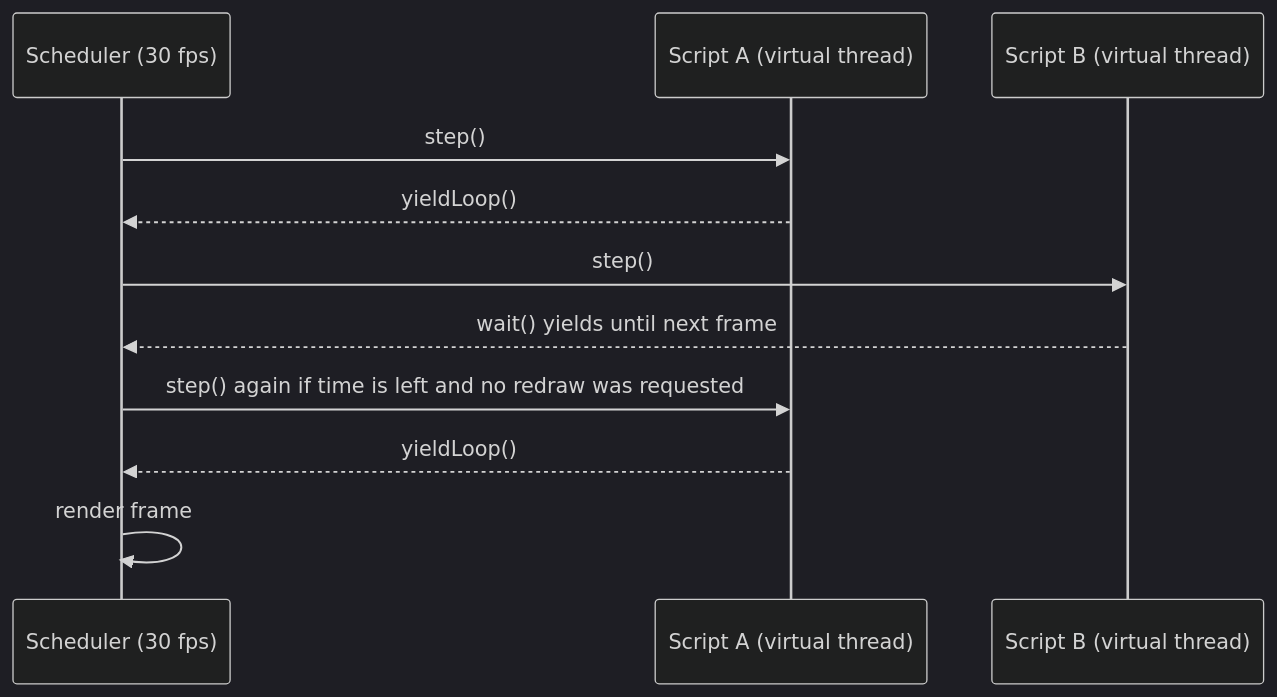
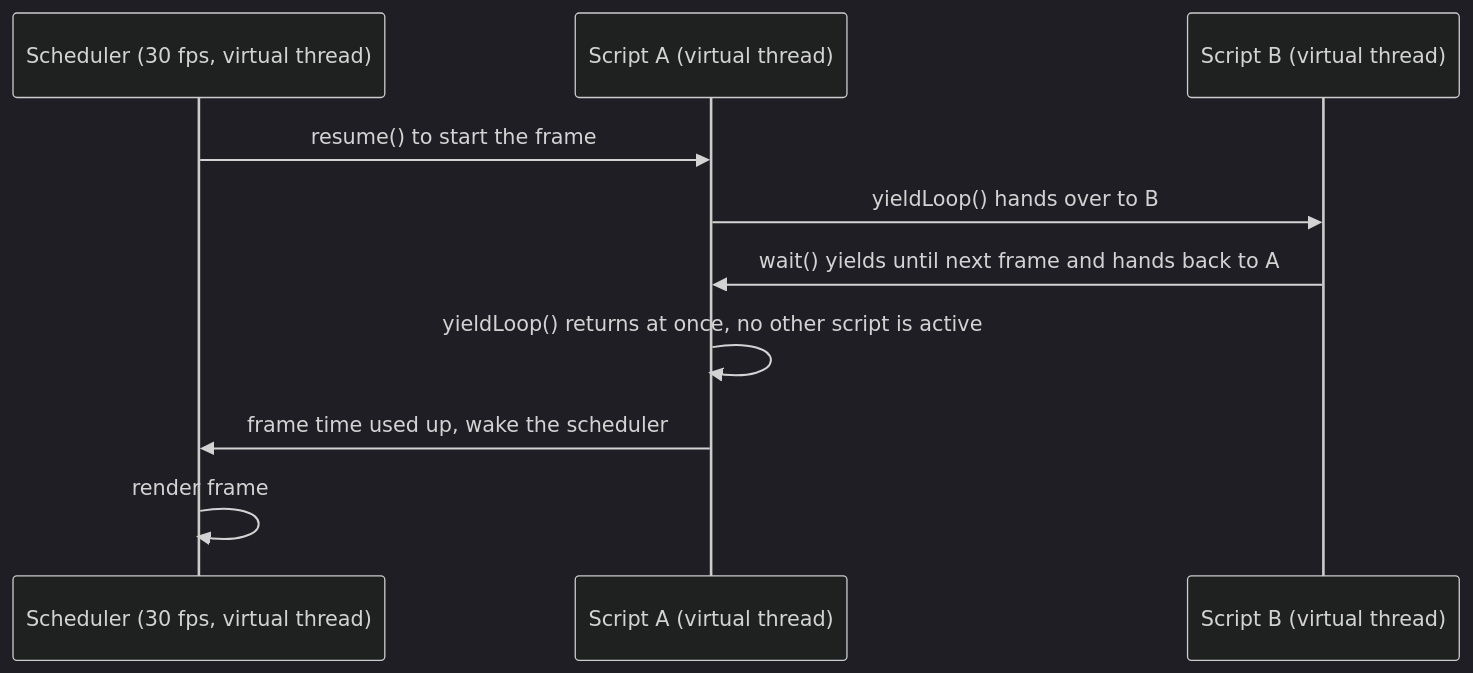
The third of 5 diagrams in docs/architecture.md (AstroBlocksMod/jScratch), drawn with Mermaid (dark theme) before and after one commit. The commit also changed other lines of this file and 6 other files, not shown here.

````diff
--- a/docs/architecture.md
+++ b/docs/architecture.md
@@ -85,13 +87,12 @@
 ```mermaid
 sequenceDiagram
-    participant S as Scheduler (30 fps)
+    participant S as Scheduler (30 fps, virtual thread)
     participant A as Script A (virtual thread)
     participant B as Script B (virtual thread)
-    S->>A: step()
-    A-->>S: yieldLoop()
-    S->>B: step()
-    B-->>S: wait() yields until next frame
-    S->>A: step() again if time is left and no redraw was requested
-    A-->>S: yieldLoop()
+    S->>A: resume() to start the frame
+    A->>B: yieldLoop() hands over to B
+    B->>A: wait() yields until next frame and hands back to A
+    A->>A: yieldLoop() returns at once, no other script is active
+    A->>S: frame time used up, wake the scheduler
     S->>S: render frame
 ```
````
